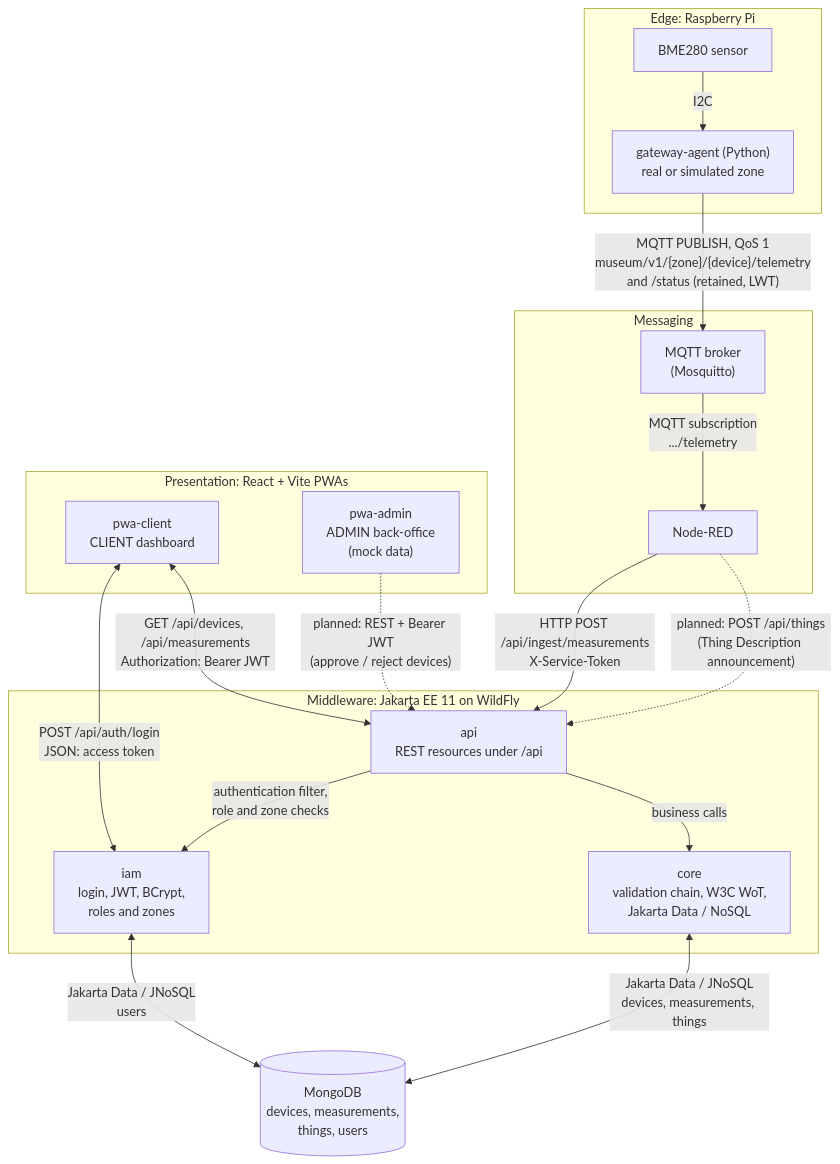
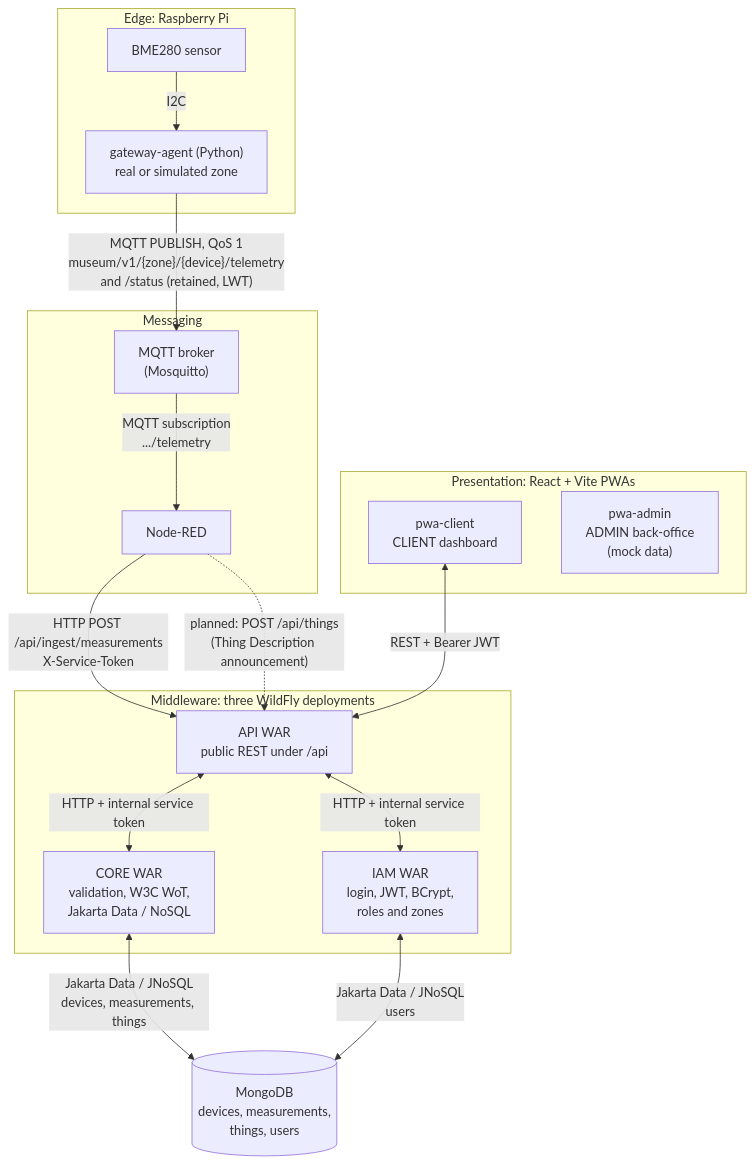
The first of 2 diagrams in README.md (sourourjaouadi/SMART-MUSEUM), drawn with Mermaid before and after one commit. The commit also changed other lines of this file and 4 other files, not shown here.

````diff
--- a/README.md
+++ b/README.md
@@ -31,40 +31,38 @@
 ```mermaid
 flowchart TB
     subgraph EDGE["Edge: Raspberry Pi"]
         SENSOR["BME280 sensor"]
         AGENT["gateway-agent (Python)<br/>real or simulated zone"]
     end
 
     subgraph MSG["Messaging"]
         BROKER["MQTT broker<br/>(Mosquitto)"]
         NODERED["Node-RED"]
     end
 
-    subgraph MW["Middleware: Jakarta EE 11 on WildFly"]
-        API["api<br/>REST resources under /api"]
-        IAM["iam<br/>login, JWT, BCrypt,<br/>roles and zones"]
-        CORE["core<br/>validation chain, W3C WoT,<br/>Jakarta Data / NoSQL"]
+    subgraph MW["Middleware: three WildFly deployments"]
+        API["API WAR<br/>public REST under /api"]
+        IAM["IAM WAR<br/>login, JWT, BCrypt,<br/>roles and zones"]
+        CORE["CORE WAR<br/>validation, W3C WoT,<br/>Jakarta Data / NoSQL"]
     end
 
     DB[("MongoDB<br/>devices, measurements,<br/>things, users")]
 
     subgraph UI["Presentation: React + Vite PWAs"]
         CLIENT["pwa-client<br/>CLIENT dashboard"]
         ADMIN["pwa-admin<br/>ADMIN back-office<br/>(mock data)"]
     end
 
     SENSOR -->|"I2C"| AGENT
     AGENT -->|"MQTT PUBLISH, QoS 1<br/>museum/v1/{zone}/{device}/telemetry<br/>and /status (retained, LWT)"| BROKER
     BROKER -->|"MQTT subscription<br/>.../telemetry"| NODERED
     NODERED -->|"HTTP POST /api/ingest/measurements<br/>X-Service-Token"| API
     NODERED -.->|"planned: POST /api/things<br/>(Thing Description announcement)"| API
 
-    CLIENT <-->|"POST /api/auth/login<br/>JSON: access token"| IAM
-    CLIENT <-->|"GET /api/devices, /api/measurements<br/>Authorization: Bearer JWT"| API
-    ADMIN -.->|"planned: REST + Bearer JWT<br/>(approve / reject devices)"| API
+    CLIENT <-->|"REST + Bearer JWT"| API
 
-    API -->|"authentication filter,<br/>role and zone checks"| IAM
-    API -->|"business calls"| CORE
+    API <-->|"HTTP + internal service token"| IAM
+    API <-->|"HTTP + internal service token"| CORE
     CORE <-->|"Jakarta Data / JNoSQL<br/>devices, measurements, things"| DB
     IAM <-->|"Jakarta Data / JNoSQL<br/>users"| DB
 ```
````
